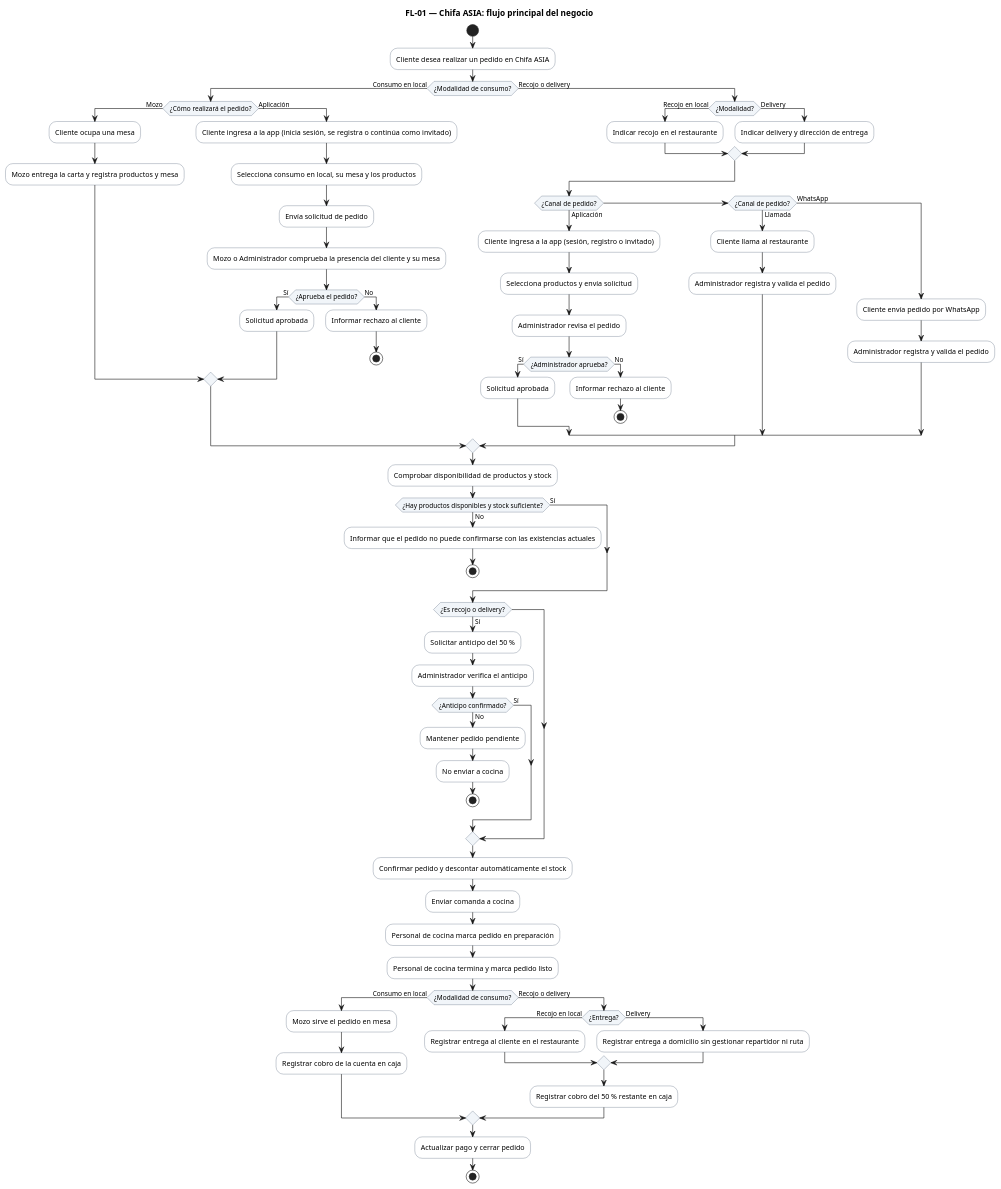
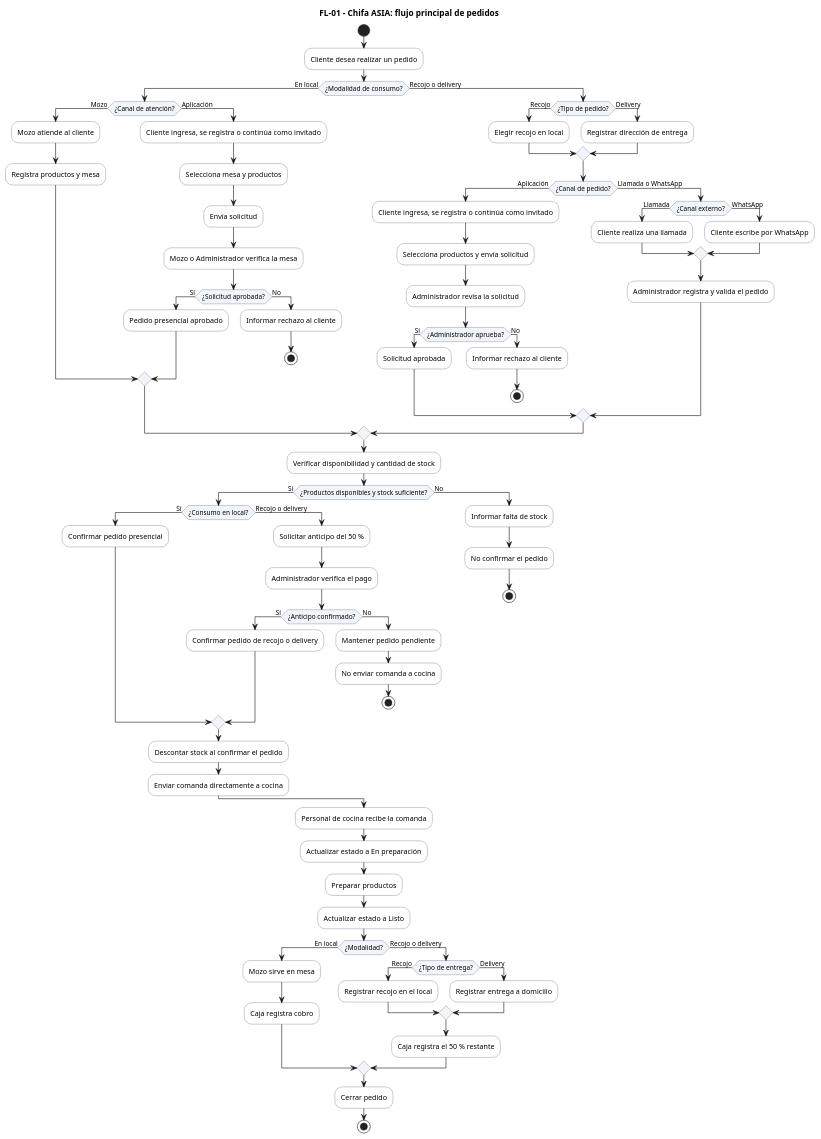
Before and after one commit to HeizenGP/restaurant-app-frontend-v2: the diagram in docs/etapas/etapa-02-flujo-principal.puml, drawn with PlantUML.

Commit message:
fix(etapa-02): verificar stock antes de confirmar y envío directo a cocina en local

```diff
--- a/docs/etapas/etapa-02-flujo-principal.puml
+++ b/docs/etapas/etapa-02-flujo-principal.puml
@@ -1,91 +1,97 @@
 @startuml
-title FL-01 — Chifa ASIA: flujo principal del negocio
+title FL-01 - Chifa ASIA: flujo principal de pedidos
 skinparam shadowing false
 skinparam activityBackgroundColor #FFFFFF
 skinparam activityBorderColor #44546A
 skinparam activityDiamondBackgroundColor #F1F5F9
 skinparam activityDiamondBorderColor #44546A
 
 start
-:Cliente desea realizar un pedido en Chifa ASIA;
+:Cliente desea realizar un pedido;
 
-if (¿Modalidad de consumo?) then (Consumo en local)
-  if (¿Cómo realizará el pedido?) then (Mozo)
-    :Cliente ocupa una mesa;
-    :Mozo entrega la carta y registra productos y mesa;
+if (¿Modalidad de consumo?) then (En local)
+  if (¿Canal de atención?) then (Mozo)
+    :Mozo atiende al cliente;
+    :Registra productos y mesa;
   else (Aplicación)
-    :Cliente ingresa a la app (inicia sesión, se registra o continúa como invitado);
-    :Selecciona consumo en local, su mesa y los productos;
-    :Envía solicitud de pedido;
-    :Mozo o Administrador comprueba la presencia del cliente y su mesa;
-    if (¿Aprueba el pedido?) then (Sí)
-      :Solicitud aprobada;
+    :Cliente ingresa, se registra o continúa como invitado;
+    :Selecciona mesa y productos;
+    :Envía solicitud;
+    :Mozo o Administrador verifica la mesa;
+    if (¿Solicitud aprobada?) then (Sí)
+      :Pedido presencial aprobado;
     else (No)
       :Informar rechazo al cliente;
       stop
     endif
   endif
 else (Recojo o delivery)
-  if (¿Modalidad?) then (Recojo en local)
-    :Indicar recojo en el restaurante;
+  if (¿Tipo de pedido?) then (Recojo)
+    :Elegir recojo en local;
   else (Delivery)
-    :Indicar delivery y dirección de entrega;
+    :Registrar dirección de entrega;
   endif
 
   if (¿Canal de pedido?) then (Aplicación)
-    :Cliente ingresa a la app (sesión, registro o invitado);
+    :Cliente ingresa, se registra o continúa como invitado;
     :Selecciona productos y envía solicitud;
-    :Administrador revisa el pedido;
+    :Administrador revisa la solicitud;
     if (¿Administrador aprueba?) then (Sí)
       :Solicitud aprobada;
     else (No)
       :Informar rechazo al cliente;
       stop
     endif
-  elseif (¿Canal de pedido?) then (Llamada)
-    :Cliente llama al restaurante;
-    :Administrador registra y valida el pedido;
-  else (WhatsApp)
-    :Cliente envía pedido por WhatsApp;
+  else (Llamada o WhatsApp)
+    if (¿Canal externo?) then (Llamada)
+      :Cliente realiza una llamada;
+    else (WhatsApp)
+      :Cliente escribe por WhatsApp;
+    endif
     :Administrador registra y valida el pedido;
   endif
 endif
 
-:Comprobar disponibilidad de productos y stock;
-if (¿Hay productos disponibles y stock suficiente?) then (Sí)
+:Verificar disponibilidad y cantidad de stock;
+if (¿Productos disponibles y stock suficiente?) then (Sí)
+  if (¿Consumo en local?) then (Sí)
+    :Confirmar pedido presencial;
+  else (Recojo o delivery)
+    :Solicitar anticipo del 50 %;
+    :Administrador verifica el pago;
+    if (¿Anticipo confirmado?) then (Sí)
+      :Confirmar pedido de recojo o delivery;
+    else (No)
+      :Mantener pedido pendiente;
+      :No enviar comanda a cocina;
+      stop
+    endif
+  endif
+  :Descontar stock al confirmar el pedido;
+  :Enviar comanda directamente a cocina;
 else (No)
-  :Informar que el pedido no puede confirmarse con las existencias actuales;
+  :Informar falta de stock;
+  :No confirmar el pedido;
   stop
 endif
 
-if (¿Es recojo o delivery?) then (Sí)
-  :Solicitar anticipo del 50 %;
-  :Administrador verifica el anticipo;
-  if (¿Anticipo confirmado?) then (Sí)
-  else (No)
-    :Mantener pedido pendiente;
-    :No enviar a cocina;
-    stop
+:Personal de cocina recibe la comanda;
+:Actualizar estado a En preparación;
+:Preparar productos;
+:Actualizar estado a Listo;
+
+if (¿Modalidad?) then (En local)
+  :Mozo sirve en mesa;
+  :Caja registra cobro;
+else (Recojo o delivery)
+  if (¿Tipo de entrega?) then (Recojo)
+    :Registrar recojo en el local;
+  else (Delivery)
+    :Registrar entrega a domicilio;
   endif
+  :Caja registra el 50 % restante;
 endif
 
-:Confirmar pedido y descontar automáticamente el stock;
-:Enviar comanda a cocina;
-:Personal de cocina marca pedido en preparación;
-:Personal de cocina termina y marca pedido listo;
-
-if (¿Modalidad de consumo?) then (Consumo en local)
-  :Mozo sirve el pedido en mesa;
-  :Registrar cobro de la cuenta en caja;
-else (Recojo o delivery)
-  if (¿Entrega?) then (Recojo en local)
-    :Registrar entrega al cliente en el restaurante;
-  else (Delivery)
-    :Registrar entrega a domicilio sin gestionar repartidor ni ruta;
-  endif
-  :Registrar cobro del 50 % restante en caja;
-endif
-
-:Actualizar pago y cerrar pedido;
+:Cerrar pedido;
 stop
 @enduml
```
